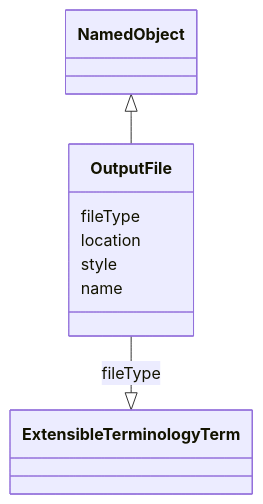
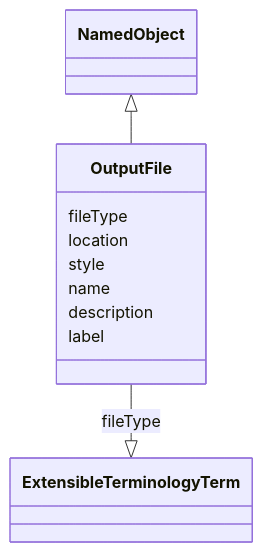
Before and after one commit to cdisc-org/analysis-results-standard: the diagram in project/docs/OutputFile.md, drawn with Mermaid. The commit also changed other lines of this file and 132 other files, not shown here.

````diff
--- a/project/docs/OutputFile.md
+++ b/project/docs/OutputFile.md
@@ -13,12 +13,14 @@
 ```mermaid
  classDiagram
     class OutputFile
       NamedObject <|-- OutputFile
 
       OutputFile : fileType
         OutputFile --|> ExtensibleTerminologyTerm : fileType
         OutputFile : location
         OutputFile : style
         OutputFile : name
+        OutputFile : description
+        OutputFile : label
         
 ```
````
